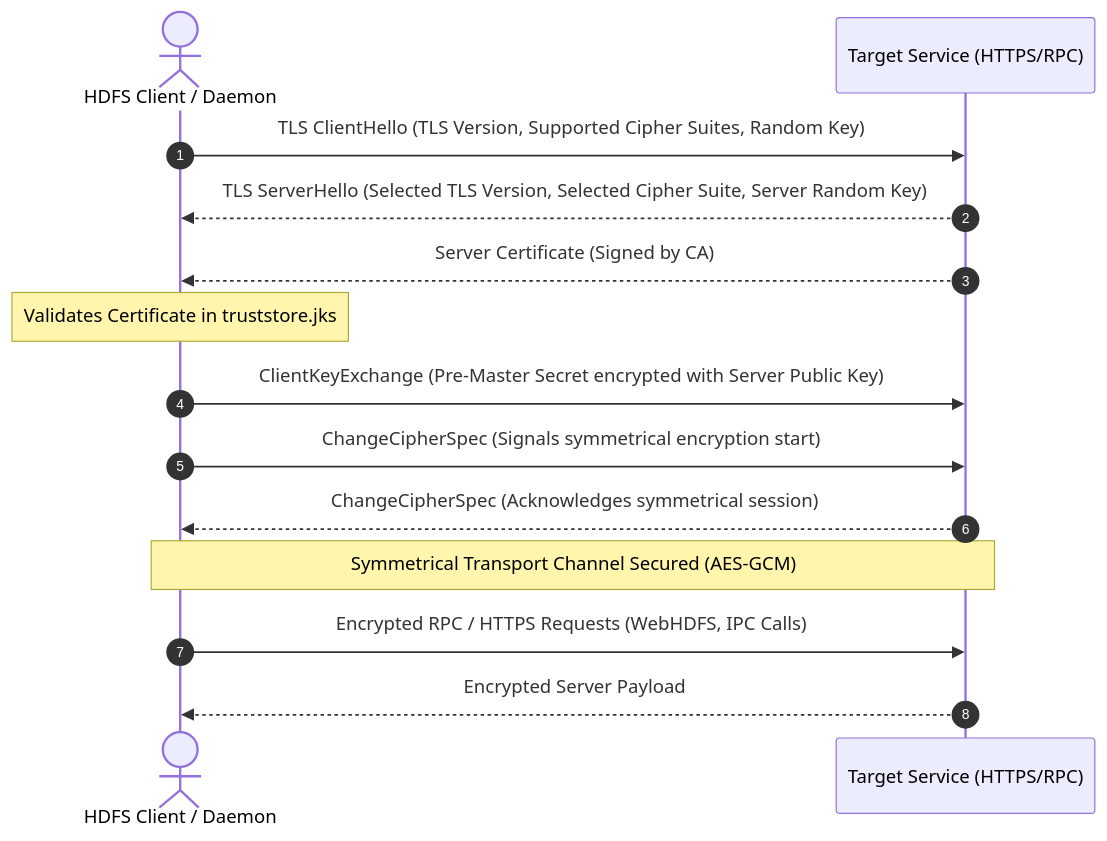
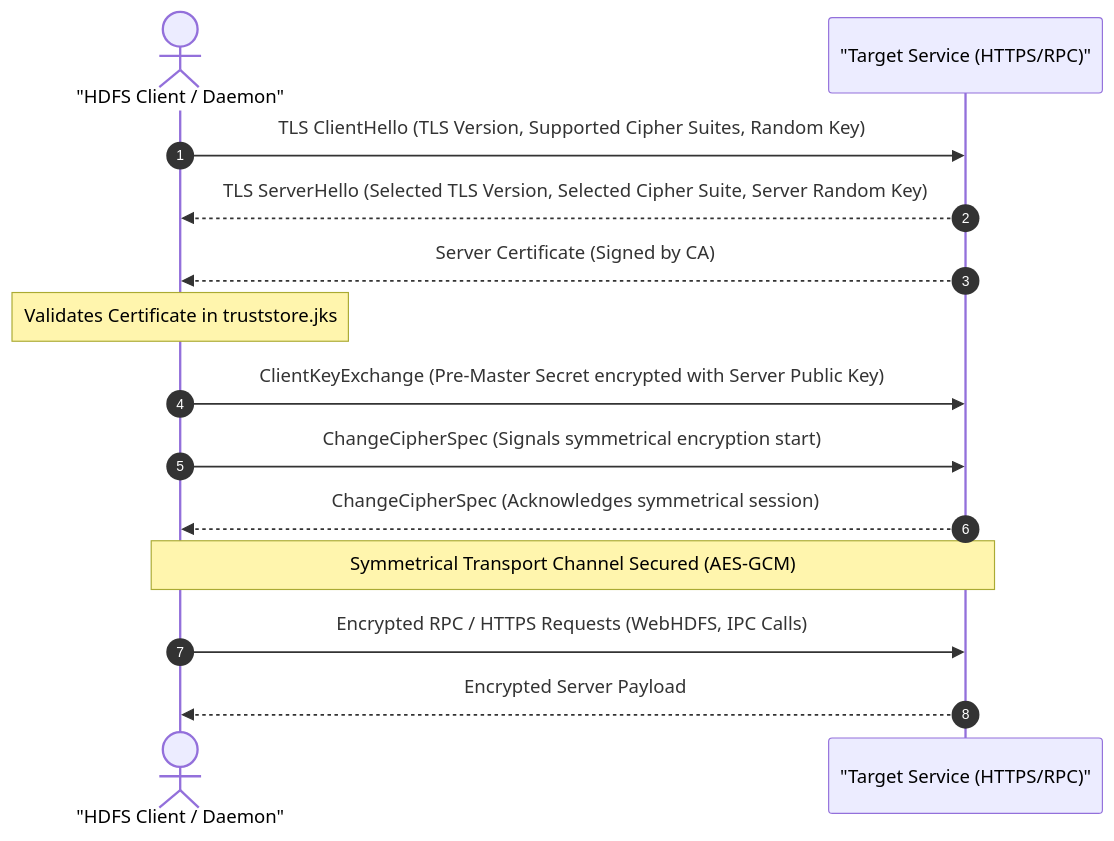
One commit to userhimanshuverma/30_Days_of_Modern_Hadoop_Ecosystem changed the sixth of 9 diagrams in Day-04-HDFS-Security-Encryption/README.md. Above: the diagram before and after it, drawn with Mermaid. The commit also changed other lines of this file and 3 other files, not shown here.

Commit message:
fix: wrap aliases with parentheses and slashes in double quotes for sequence diagrams

````diff
--- a/Day-04-HDFS-Security-Encryption/README.md
+++ b/Day-04-HDFS-Security-Encryption/README.md
@@ -343,17 +343,17 @@
 ```mermaid
 sequenceDiagram
     autonumber
-    actor Client as HDFS Client / Daemon
-    participant Server as Target Service (HTTPS/RPC)
+    actor Client as "HDFS Client / Daemon"
+    participant Server as "Target Service (HTTPS/RPC)"
 
     Client->>Server: TLS ClientHello (TLS Version, Supported Cipher Suites, Random Key)
     Server-->>Client: TLS ServerHello (Selected TLS Version, Selected Cipher Suite, Server Random Key)
     Server-->>Client: Server Certificate (Signed by CA)
     Note over Client: Validates Certificate in truststore.jks
     Client->>Server: ClientKeyExchange (Pre-Master Secret encrypted with Server Public Key)
     Client->>Server: ChangeCipherSpec (Signals symmetrical encryption start)
     Server-->>Client: ChangeCipherSpec (Acknowledges symmetrical session)
     Note over Client, Server: Symmetrical Transport Channel Secured (AES-GCM)
     Client->>Server: Encrypted RPC / HTTPS Requests (WebHDFS, IPC Calls)
     Server-->>Client: Encrypted Server Payload
 ```
````
